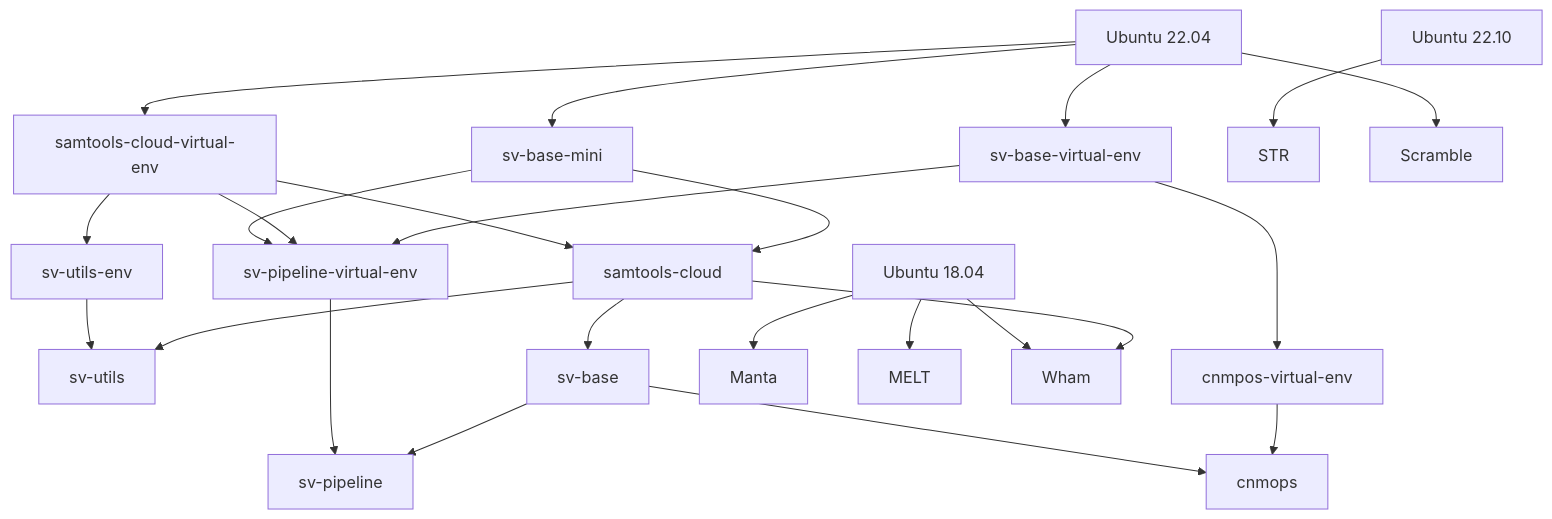
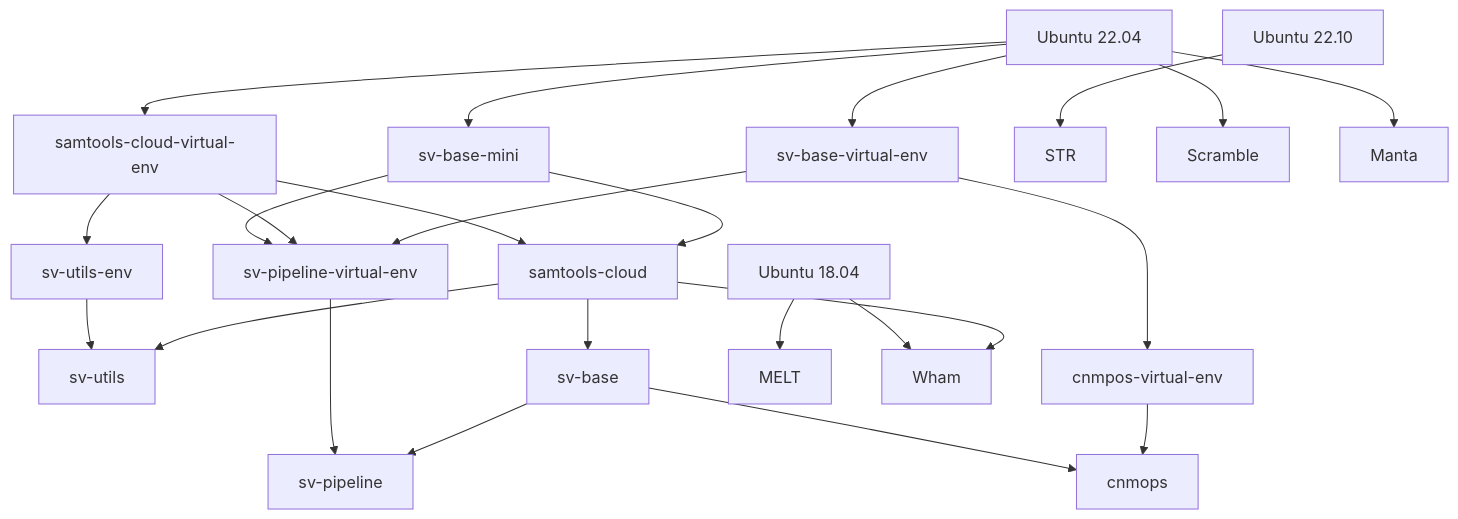
One commit to broadinstitute/gatk-sv changed the diagram in website/docs/advanced/docker/images.md. Above: the diagram before and after it, drawn with Mermaid.

Commit message:
Manta docker image is now based on the ubuntu 22.04 image.

````diff
--- a/website/docs/advanced/docker/images.md
+++ b/website/docs/advanced/docker/images.md
@@ -30,17 +30,17 @@
 ```mermaid
 flowchart TD
     ubuntu2204[Ubuntu 22.04] --> svbasemini[sv-base-mini] & samtoolsenv[samtools-cloud-virtual-env] & svbaseenv[sv-base-virtual-env]
     svbasemini & samtoolsenv & svbaseenv --> svpipelineenv[sv-pipeline-virtual-env]
     samtoolsenv --> samtoolscloud[samtools-cloud] & svutilsenv[sv-utils-env]
     svbasemini --> samtoolscloud
     svutilsenv --> svutils[sv-utils]
     samtoolscloud --> svutils & svbase[sv-base]
     svpipelineenv & svbase --> svpipeline[sv-pipeline]
     svbaseenv --> cnmopsenv[cnmpos-virtual-env]
     svbase & cnmopsenv --> cnmpos[cnmops]
 
-    ubuntu1804[Ubuntu 18.04] --> manta[Manta] & melt[MELT] & wham[Wham]
+    ubuntu1804[Ubuntu 18.04] --> melt[MELT] & wham[Wham]
     samtoolscloud --> wham
     ubuntu2210[Ubuntu 22.10] --> str[STR]
-    ubuntu2204 --> scramble[Scramble]
+    ubuntu2204 --> scramble[Scramble] & manta[Manta]
 ```
````
